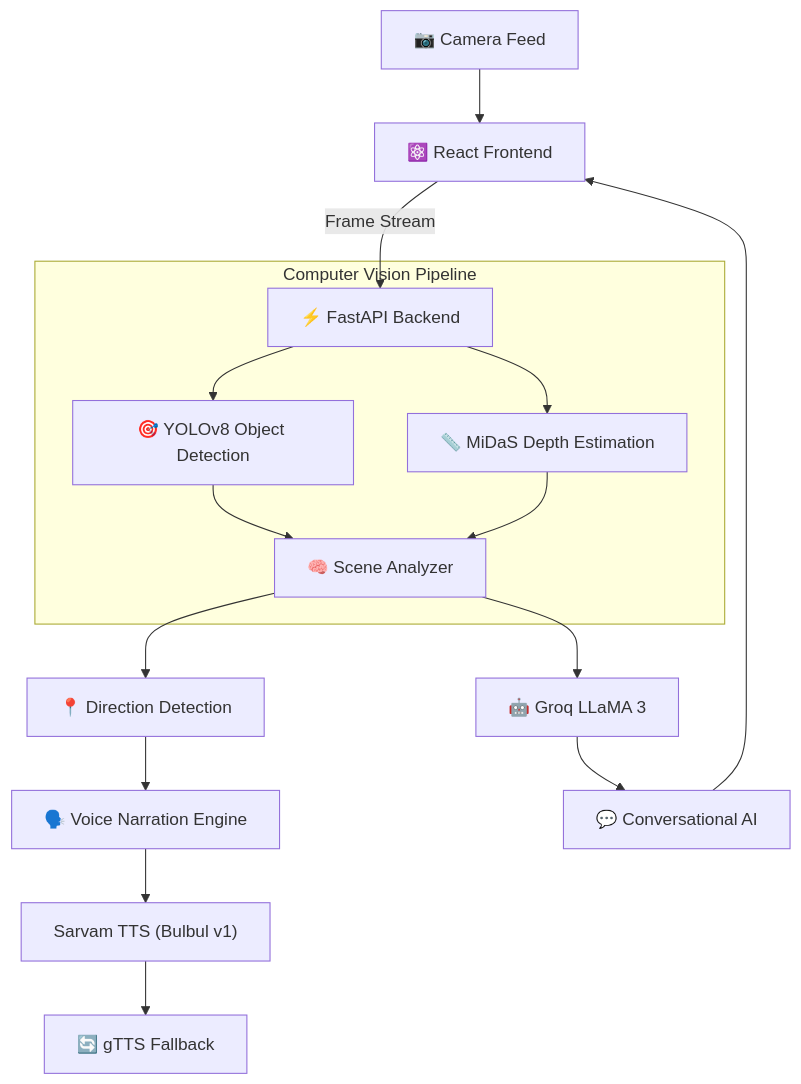
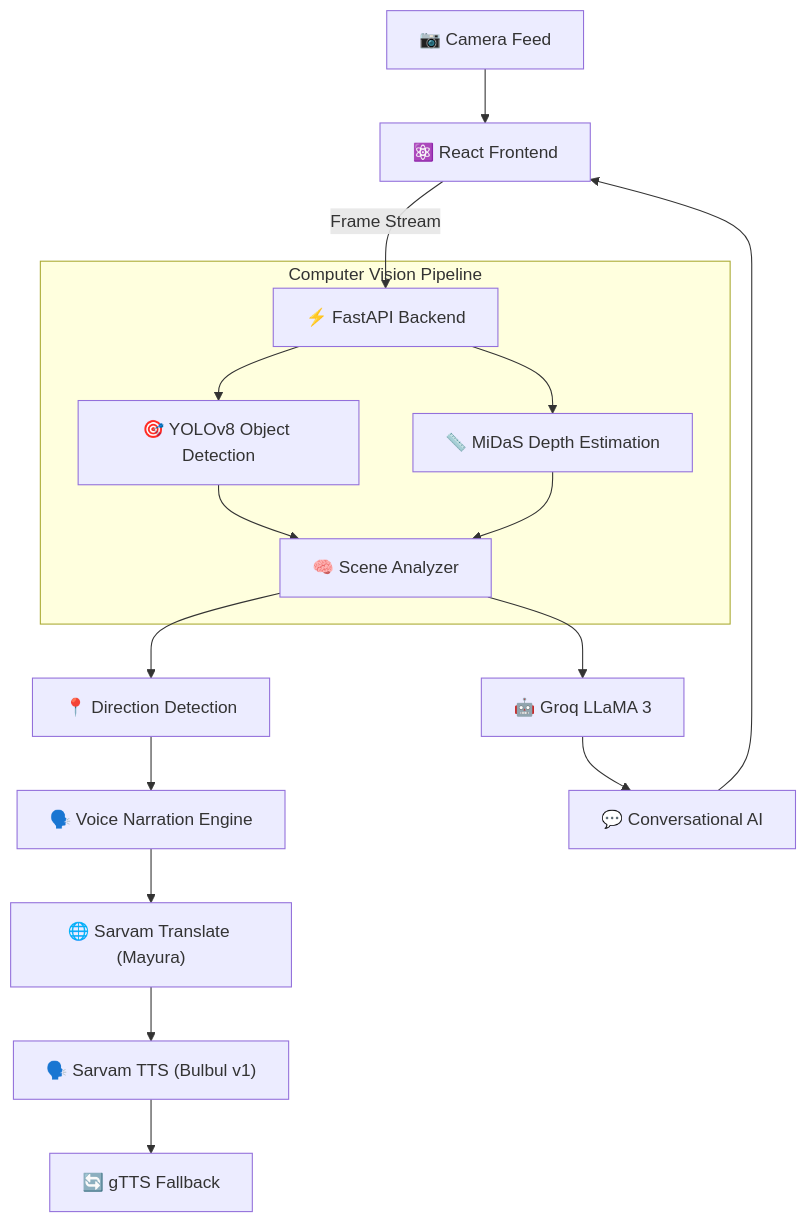
Before and after one commit to vishalsingh2972/Drishti-AI: the diagram in README.md, drawn with Mermaid.

````diff
--- a/README.md
+++ b/README.md
@@ -33,31 +33,32 @@
 ```mermaid
 graph TD
 
 A[📷 Camera Feed]
 --> B[⚛️ React Frontend]
 
 B -->|Frame Stream| C[⚡ FastAPI Backend]
 
 subgraph "Computer Vision Pipeline"
 
 C --> D[🎯 YOLOv8 Object Detection]
 C --> E[📏 MiDaS Depth Estimation]
 
 D --> F[🧠 Scene Analyzer]
 E --> F
 
 end
 
 F --> G[📍 Direction Detection]
 
 G --> H[🗣️ Voice Narration Engine]
 
-H --> I["Sarvam TTS (Bulbul v1)"]
+H --> M["🌐 Sarvam Translate (Mayura)"]
+M --> I["🗣️ Sarvam TTS (Bulbul v1)"]
 I --> I2["🔄 gTTS Fallback"]
 
 F --> J[🤖 Groq LLaMA 3]
 
 J --> K[💬 Conversational AI]
 
 K --> B
 ```
````
